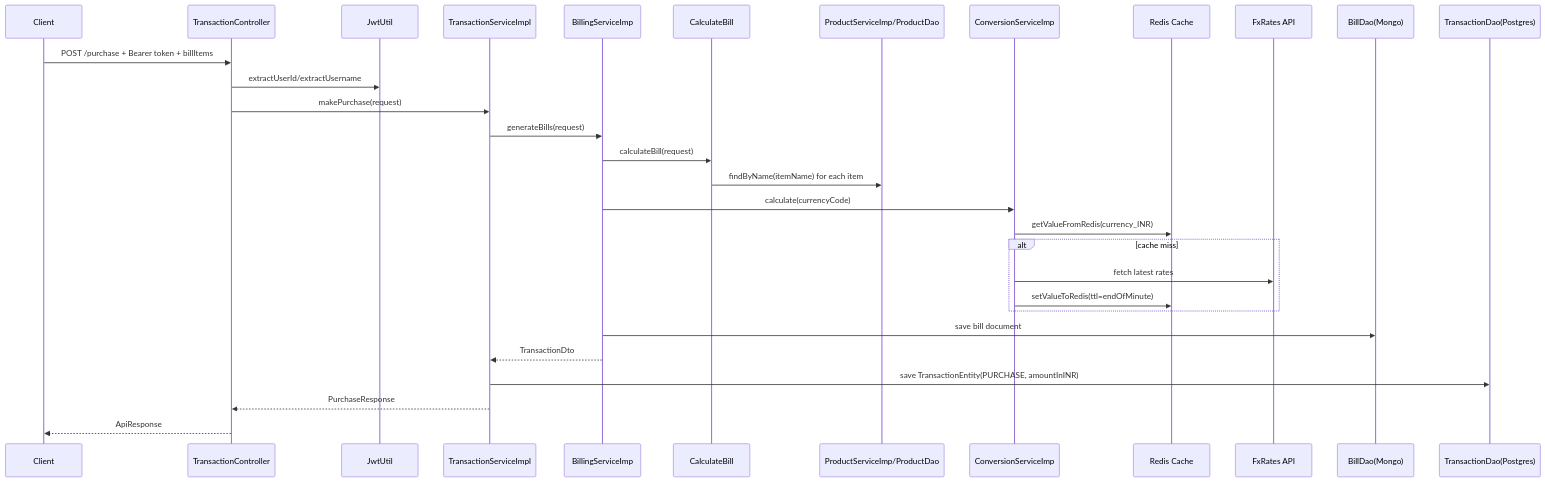
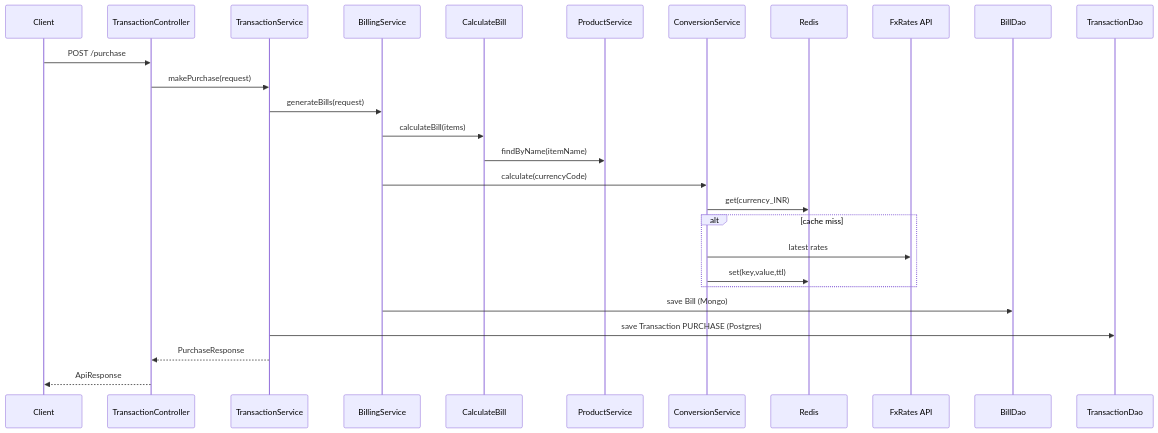
Before and after one commit to anubhavbagri/kirana-register: the fourth of 8 diagrams in architecture.md, drawn with Mermaid. The commit also changed other lines of this file and 1 other file, not shown here.

````diff
--- a/architecture.md
+++ b/architecture.md
@@ -120,33 +236,30 @@
 ```mermaid
 sequenceDiagram
-    participant Client
-    participant Controller as TransactionController
-    participant JWT as JwtUtil
-    participant TxService as TransactionServiceImpl
-    participant BillService as BillingServiceImp
-    participant Calc as CalculateBill
-    participant Product as ProductServiceImp/ProductDao
-    participant FX as ConversionServiceImp
-    participant Redis as Redis Cache
-    participant FxApi as FxRates API
-    participant BillDao as BillDao(Mongo)
-    participant TxDao as TransactionDao(Postgres)
+    participant C as Client
+    participant TC as TransactionController
+    participant TS as TransactionService
+    participant BS as BillingService
+    participant CB as CalculateBill
+    participant PS as ProductService
+    participant CS as ConversionService
+    participant Redis as Redis
+    participant FX as FxRates API
+    participant BD as BillDao
+    participant TD as TransactionDao
 
-    Client->>Controller: POST /purchase + Bearer token + billItems
-    Controller->>JWT: extractUserId/extractUsername
-    Controller->>TxService: makePurchase(request)
-    TxService->>BillService: generateBills(request)
-    BillService->>Calc: calculateBill(request)
-    Calc->>Product: findByName(itemName) for each item
-    BillService->>FX: calculate(currencyCode)
-    FX->>Redis: getValueFromRedis(currency_INR)
+    C->>TC: POST /purchase
+    TC->>TS: makePurchase(request)
+    TS->>BS: generateBills(request)
+    BS->>CB: calculateBill(items)
+    CB->>PS: findByName(itemName)
+    BS->>CS: calculate(currencyCode)
+    CS->>Redis: get(currency_INR)
     alt cache miss
-        FX->>FxApi: fetch latest rates
-        FX->>Redis: setValueToRedis(ttl=endOfMinute)
+      CS->>FX: latest rates
+      CS->>Redis: set(key,value,ttl)
     end
-    BillService->>BillDao: save bill document
-    BillService-->>TxService: TransactionDto
-    TxService->>TxDao: save TransactionEntity(PURCHASE, amountInINR)
-    TxService-->>Controller: PurchaseResponse
-    Controller-->>Client: ApiResponse
+    BS->>BD: save Bill (Mongo)
+    TS->>TD: save Transaction PURCHASE (Postgres)
+    TS-->>TC: PurchaseResponse
+    TC-->>C: ApiResponse
 ```
````
